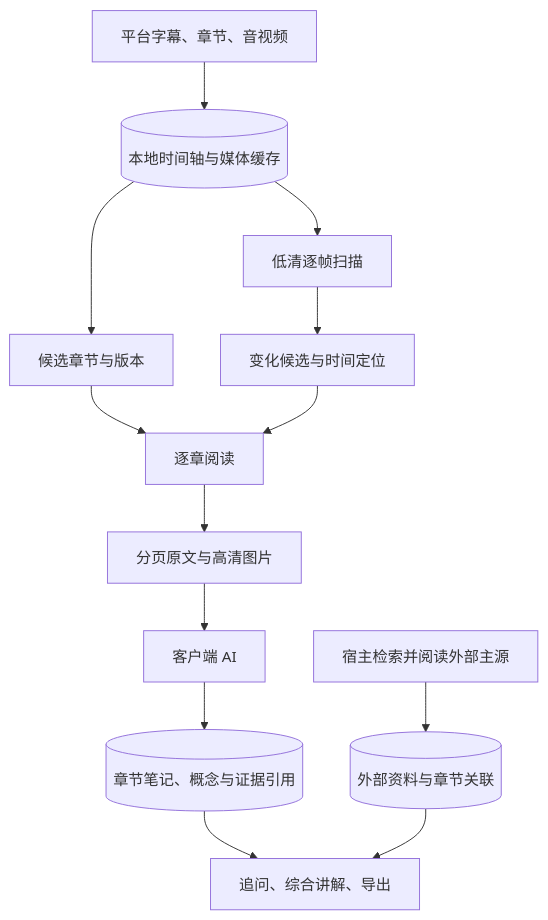
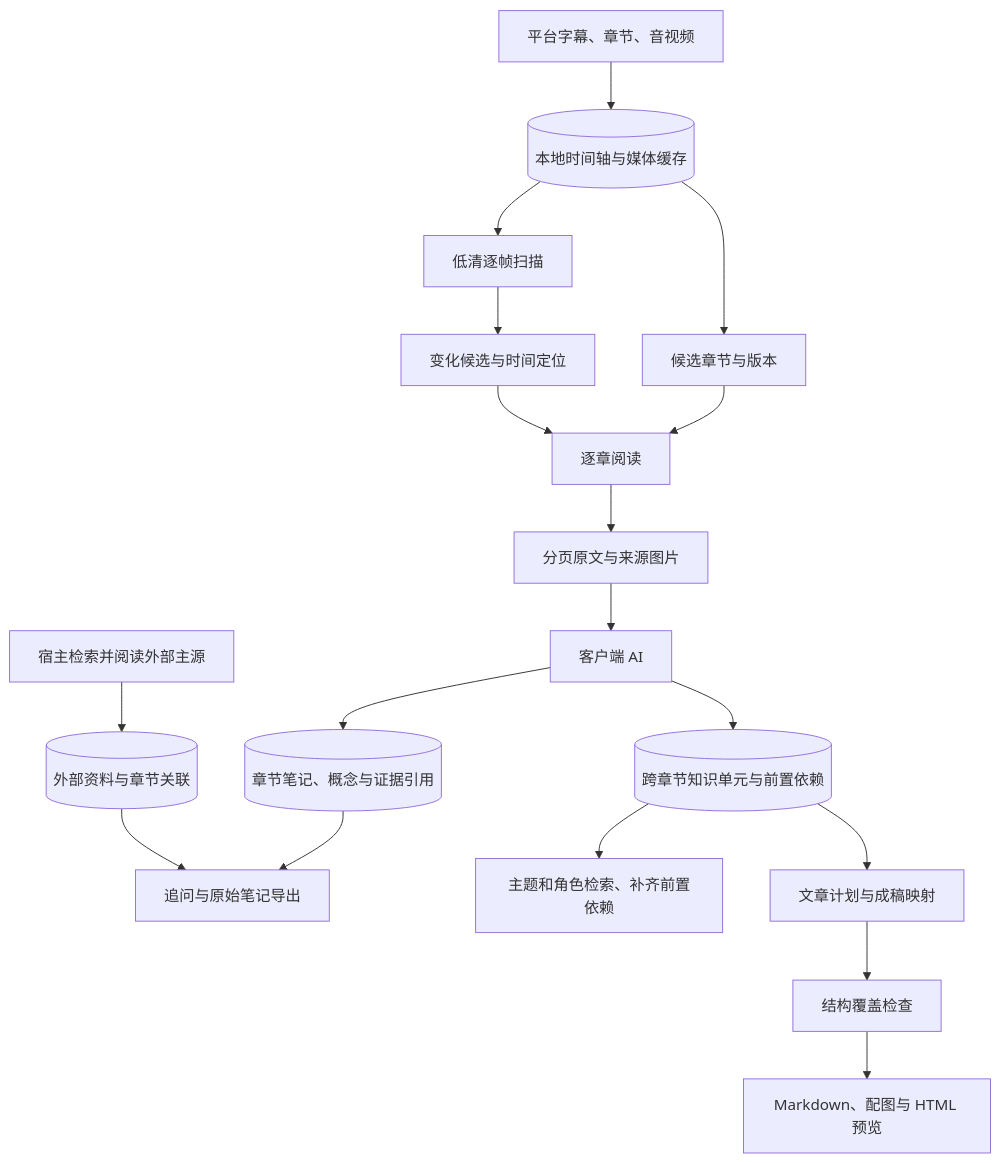
The diagram in docs/architecture.md (RicardoMin/VidLens), drawn with Mermaid before and after one commit. The commit also changed other lines of this file and 43 other files, not shown here.

````diff
--- a/docs/architecture.md
+++ b/docs/architecture.md
@@ -13,15 +15,20 @@
 ```mermaid
 flowchart TD
     Source[平台字幕、章节、音视频] --> Store[(本地时间轴与媒体缓存)]
     Store --> Plan[候选章节与版本]
     Store --> Scan[低清逐帧扫描]
     Scan --> Candidates[变化候选与时间定位]
     Plan --> Section[逐章阅读]
     Candidates --> Section
-    Section --> Evidence[分页原文与高清图片]
+    Section --> Evidence[分页原文与来源图片]
     Evidence --> AI[客户端 AI]
     AI --> Notes[(章节笔记、概念与证据引用)]
+    AI --> Units[(跨章节知识单元与前置依赖)]
     Research[宿主检索并阅读外部主源] --> References[(外部资料与章节关联)]
-    Notes --> Followup[追问、综合讲解、导出]
+    Notes --> Followup[追问与原始笔记导出]
     References --> Followup
+    Units --> Query[主题和角色检索、补齐前置依赖]
+    Units --> Article[文章计划与成稿映射]
+    Article --> Audit[结构覆盖检查]
+    Audit --> Bundle[Markdown、配图与 HTML 预览]
 ```
````
